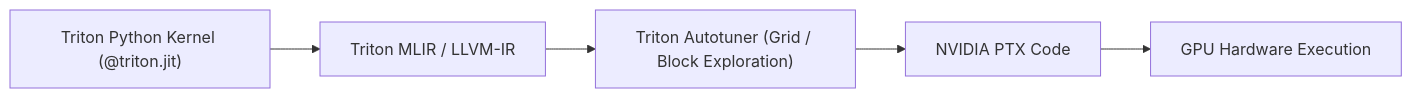
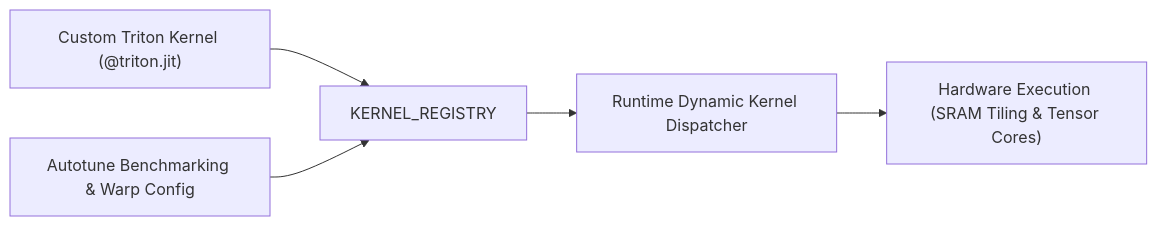
Before and after one commit to OpenBlatam/Truthgpt: the diagram in docs/optimization/custom_kernels.md, drawn with Mermaid. The commit also changed other lines of this file and 1 other file, not shown here.

Commit message:
docs: finalize custom kernels and troubleshooting tutorials

````diff
--- a/docs/optimization/custom_kernels.md
+++ b/docs/optimization/custom_kernels.md
@@ -11,7 +9,7 @@
 ```mermaid
 graph LR
-    PyTriton["Triton Python Kernel (@triton.jit)"] --> TritonIR["Triton MLIR / LLVM-IR"]
-    TritonIR --> Autotuner["Triton Autotuner (Grid / Block Exploration)"]
-    Autotuner --> PTX["NVIDIA PTX Code"]
-    PTX --> GPU["GPU Hardware Execution"]
+    SRC["Custom Triton Kernel (@triton.jit)"] --> REG["KERNEL_REGISTRY"]
+    WARP["Autotune Benchmarking & Warp Config"] --> REG
+    REG --> DISPATCH["Runtime Dynamic Kernel Dispatcher"]
+    DISPATCH --> GPU["Hardware Execution (SRAM Tiling & Tensor Cores)"]
 ```
````
